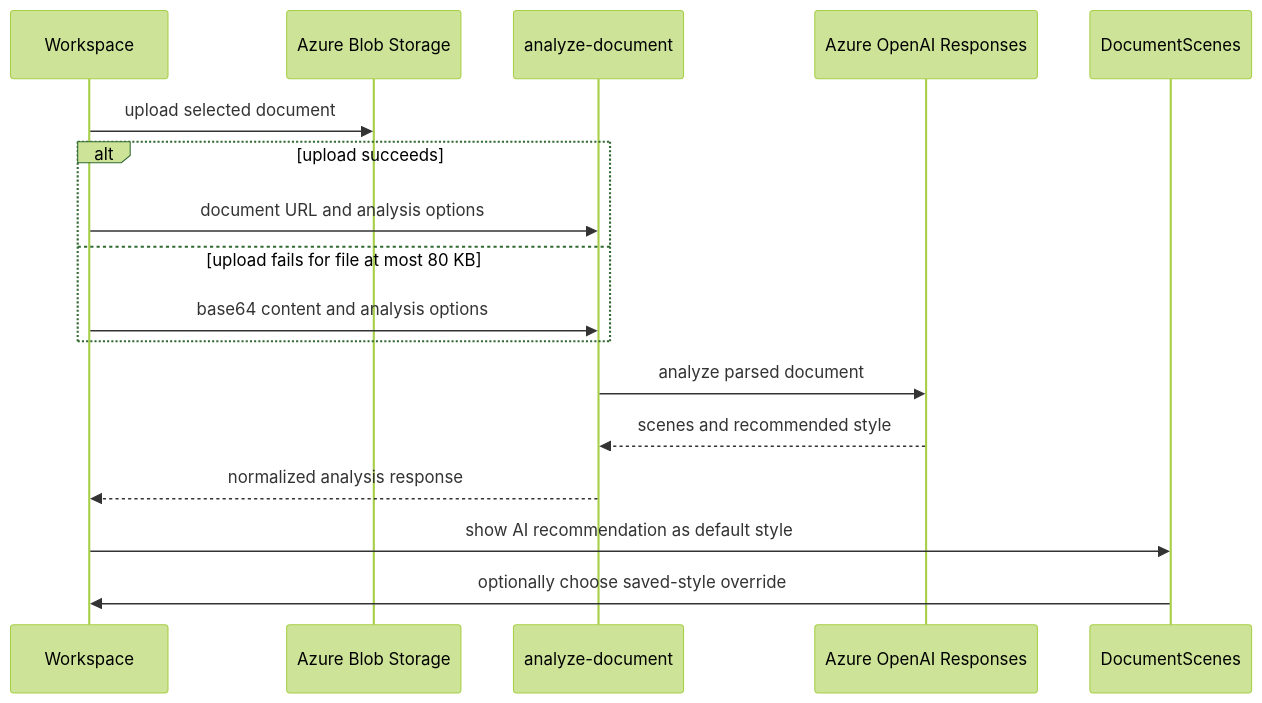
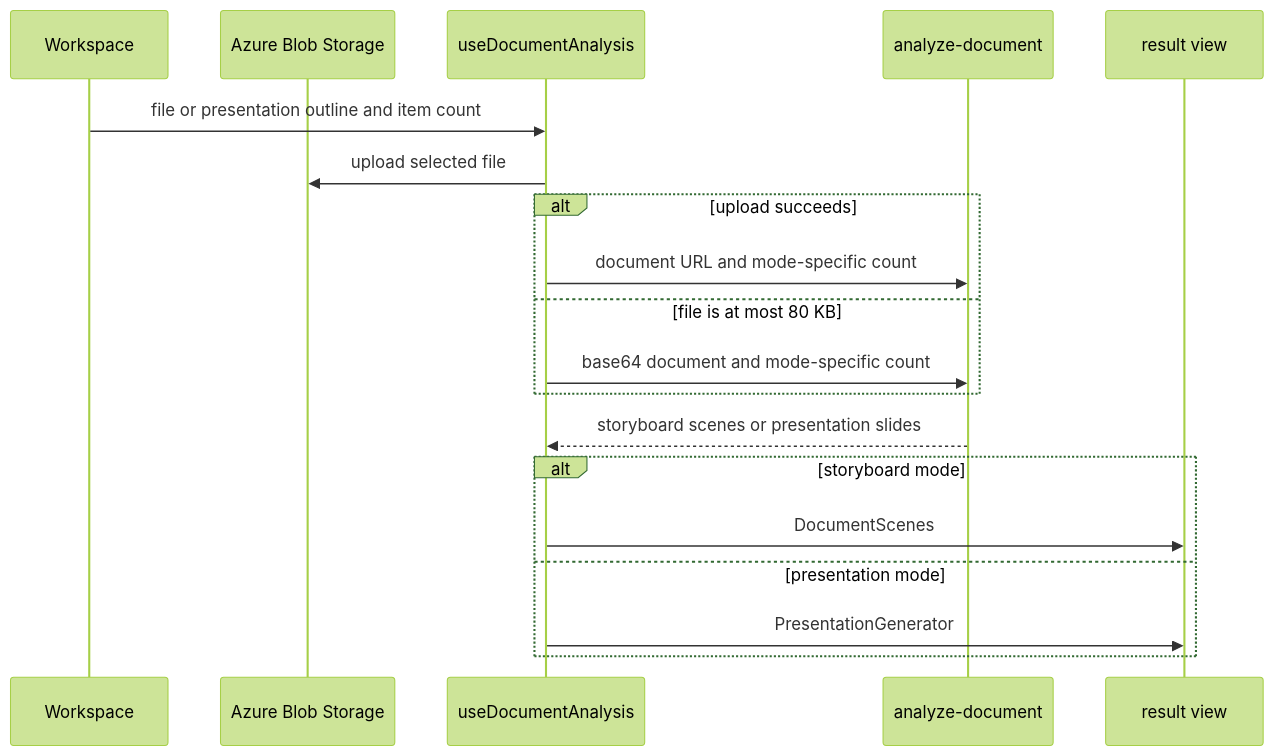
Before and after one commit to tony30552001/Genpic-master: the first of 2 diagrams in openwiki/frontend/create-workflows.md, drawn with Mermaid (forest theme). The commit also changed other lines of this file and 21 other files, not shown here.

````diff
--- a/openwiki/frontend/create-workflows.md
+++ b/openwiki/frontend/create-workflows.md
@@ -34,19 +34,21 @@
 ```mermaid
 sequenceDiagram
   participant Workspace
   participant Blob as Azure Blob Storage
+  participant Hook as useDocumentAnalysis
   participant Handler as analyze-document
-  participant Azure as Azure OpenAI Responses
-  participant Scenes as DocumentScenes
-  Workspace->>Blob: upload selected document
+  participant View as result view
+  Workspace->>Hook: file or presentation outline and item count
+  Hook->>Blob: upload selected file
   alt upload succeeds
-    Workspace->>Handler: document URL and analysis options
-  else upload fails for file at most 80 KB
-    Workspace->>Handler: base64 content and analysis options
+    Hook->>Handler: document URL and mode-specific count
+  else file is at most 80 KB
+    Hook->>Handler: base64 document and mode-specific count
   end
-  Handler->>Azure: analyze parsed document
-  Azure-->>Handler: scenes and recommended style
-  Handler-->>Workspace: normalized analysis response
-  Workspace->>Scenes: show AI recommendation as default style
-  Scenes->>Workspace: optionally choose saved-style override
+  Handler-->>Hook: storyboard scenes or presentation slides
+  alt storyboard mode
+    Hook->>View: DocumentScenes
+  else presentation mode
+    Hook->>View: PresentationGenerator
+  end
 ```
````
